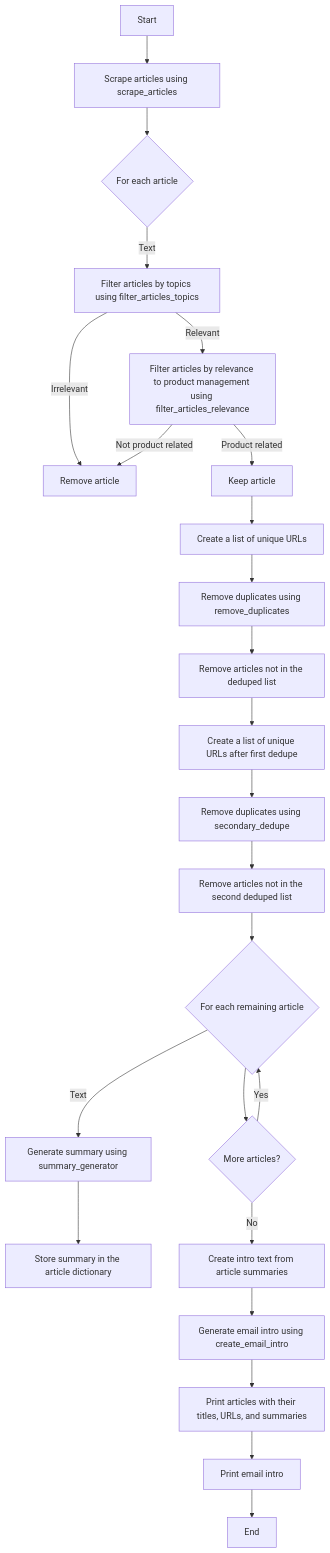
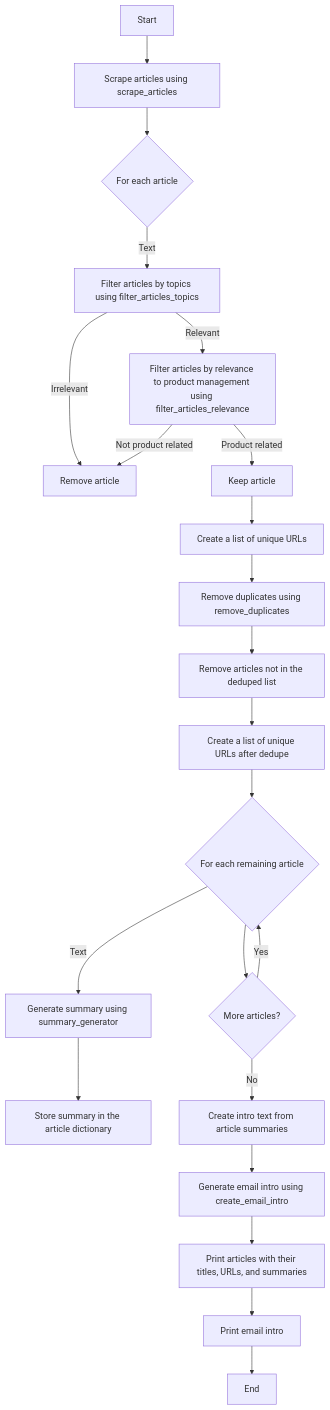
One commit to brayden-s-haws/pm_am_newsletter changed the diagram in README.md. Above: the diagram before and after it, drawn with Mermaid.

````diff
--- a/README.md
+++ b/README.md
@@ -20,26 +20,24 @@
 ```mermaid
 graph TD
 A[Start] --> B[Scrape articles using scrape_articles]
 B --> C{For each article}
 C -->|Text| D[Filter articles by topics using filter_articles_topics]
 D -->|Relevant| E[Filter articles by relevance to product management using filter_articles_relevance]
 D -->|Irrelevant| F[Remove article]
 E -->|Product related| G[Keep article]
 E -->|Not product related| F
 G --> H[Create a list of unique URLs]
 H --> I[Remove duplicates using remove_duplicates]
 I --> J[Remove articles not in the deduped list]
-J --> K[Create a list of unique URLs after first dedupe]
-K --> L[Remove duplicates using secondary_dedupe]
-L --> M[Remove articles not in the second deduped list]
-M --> N{For each remaining article}
+J --> K[Create a list of unique URLs after dedupe]
+K --> N{For each remaining article}
 N -->|Text| O[Generate summary using summary_generator]
 O --> P[Store summary in the article dictionary]
 N --> Q{More articles?}
 Q -->|Yes| N
 Q -->|No| R[Create intro text from article summaries]
 R --> S[Generate email intro using create_email_intro]
 S --> T[Print articles with their titles, URLs, and summaries]
 T --> U[Print email intro]
 U --> V[End]
 ```
````
